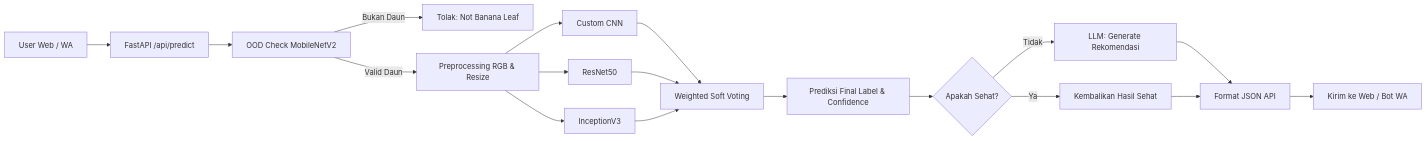
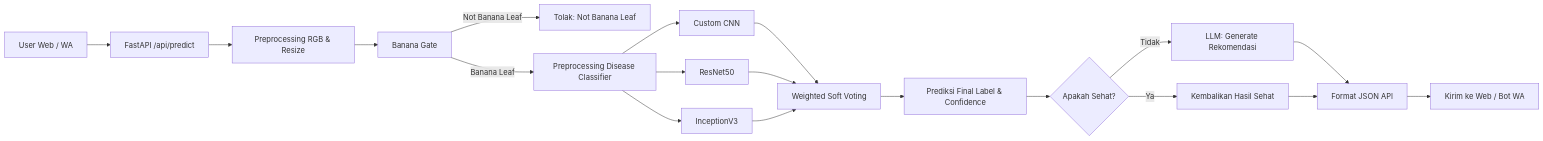
Before and after one commit to rkaurow/banana-disase: the diagram in guides.md, drawn with Mermaid. The commit also changed other lines of this file and 38 other files, not shown here.

Commit message:
feat: implement two-stage banana gate pipeline

````diff
--- a/guides.md
+++ b/guides.md
@@ -157,23 +164,24 @@
 ```mermaid
 flowchart LR
     A[User Web / WA] --> B[FastAPI /api/predict]
-    B --> C[OOD Check MobileNetV2]
-    C -->|Bukan Daun| D[Tolak: Not Banana Leaf]
-    C -->|Valid Daun| E[Preprocessing RGB & Resize]
+    B --> C[Preprocessing RGB & Resize]
+    C --> D[Banana Gate]
+    D -->|Not Banana Leaf| E[Tolak: Not Banana Leaf]
+    D -->|Banana Leaf| F[Preprocessing Disease Classifier]
     
-    E --> F1[Custom CNN]
-    E --> F2[ResNet50]
-    E --> F3[InceptionV3]
+    F --> F1[Custom CNN]
+    F --> F2[ResNet50]
+    F --> F3[InceptionV3]
     
     F1 --> G[Weighted Soft Voting]
     F2 --> G
     F3 --> G
     
     G --> H[Prediksi Final Label & Confidence]
     H --> I{Apakah Sehat?}
     I -->|Ya| J[Kembalikan Hasil Sehat]
     I -->|Tidak| K[LLM: Generate Rekomendasi]
     K --> L[Format JSON API]
     J --> L
     L --> M[Kirim ke Web / Bot WA]
 ```
````
